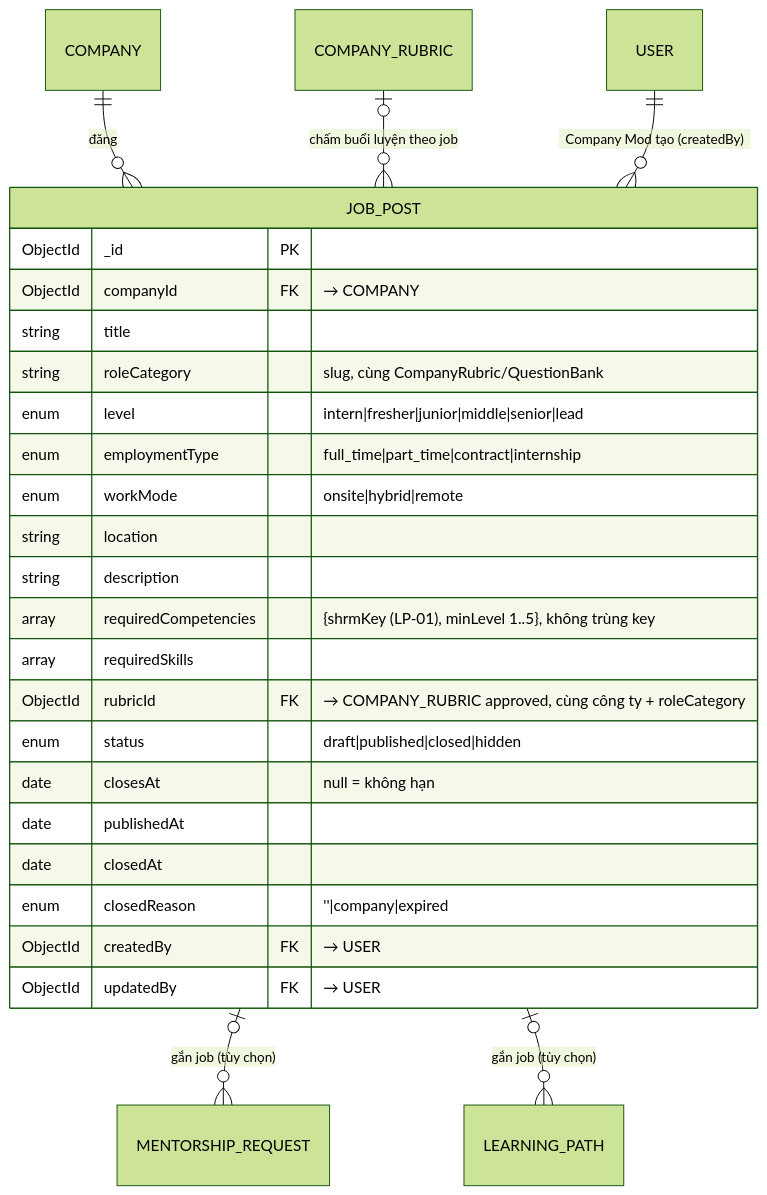
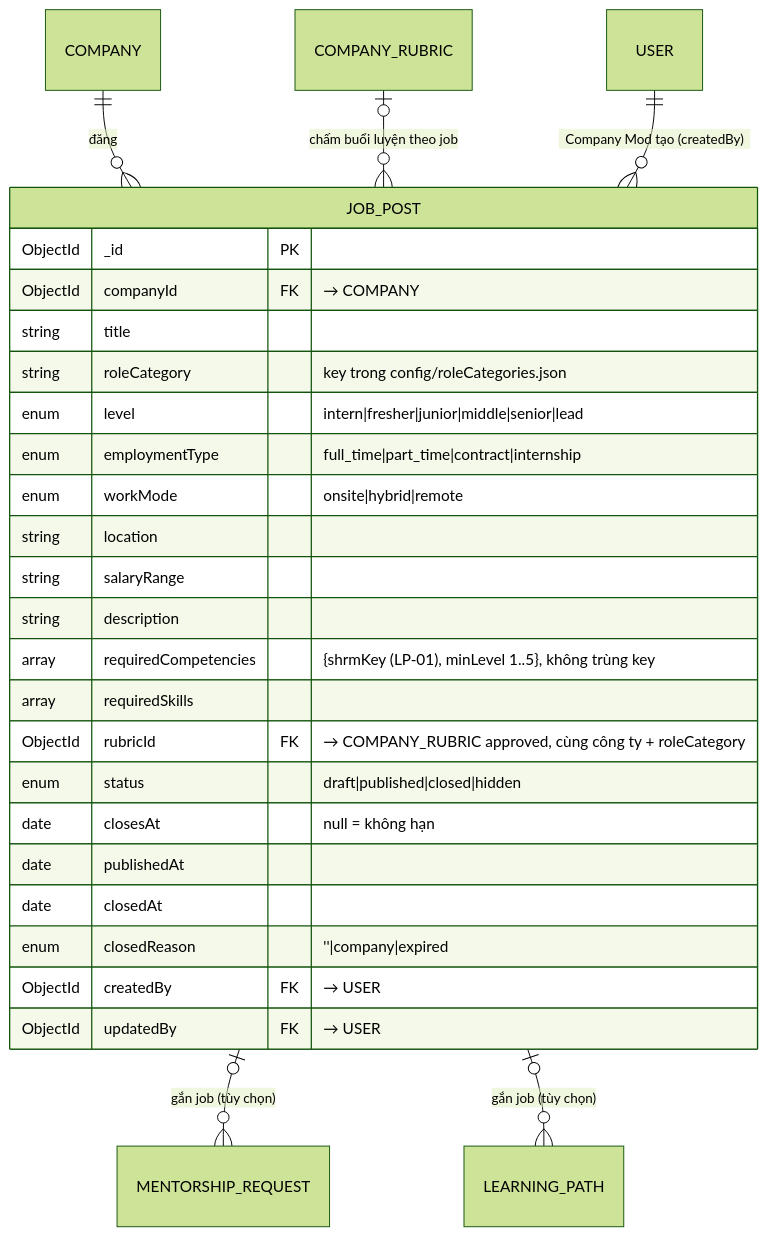
One commit to YenNhi206/ProInterview changed the third of 6 diagrams in docs/LOGICAL_ERD.md. Above: the diagram before and after it, drawn with Mermaid (forest theme). The commit also changed 29 other files, not shown here.

First line of the commit message:
JB-03, JB-02: API job công khai, tự đóng job quá hạn, danh sách roleCategory chung

````diff
--- a/docs/LOGICAL_ERD.md
+++ b/docs/LOGICAL_ERD.md
@@ -263,29 +263,30 @@
 ```mermaid
 erDiagram
     COMPANY ||--o{ JOB_POST : "đăng"
     COMPANY_RUBRIC |o--o{ JOB_POST : "chấm buổi luyện theo job"
     USER ||--o{ JOB_POST : "Company Mod tạo (createdBy)"
     JOB_POST |o--o{ MENTORSHIP_REQUEST : "gắn job (tùy chọn)"
     JOB_POST |o--o{ LEARNING_PATH : "gắn job (tùy chọn)"
     JOB_POST {
         ObjectId _id PK
         ObjectId companyId FK "→ COMPANY"
         string title
-        string roleCategory "slug, cùng CompanyRubric/QuestionBank"
+        string roleCategory "key trong config/roleCategories.json"
         enum level "intern|fresher|junior|middle|senior|lead"
         enum employmentType "full_time|part_time|contract|internship"
         enum workMode "onsite|hybrid|remote"
         string location
+        string salaryRange
         string description
         array requiredCompetencies "{shrmKey (LP-01), minLevel 1..5}, không trùng key"
         array requiredSkills
         ObjectId rubricId FK "→ COMPANY_RUBRIC approved, cùng công ty + roleCategory"
         enum status "draft|published|closed|hidden"
         date closesAt "null = không hạn"
         date publishedAt
         date closedAt
         enum closedReason "''|company|expired"
         ObjectId createdBy FK "→ USER"
         ObjectId updatedBy FK "→ USER"
     }
 ```
````
